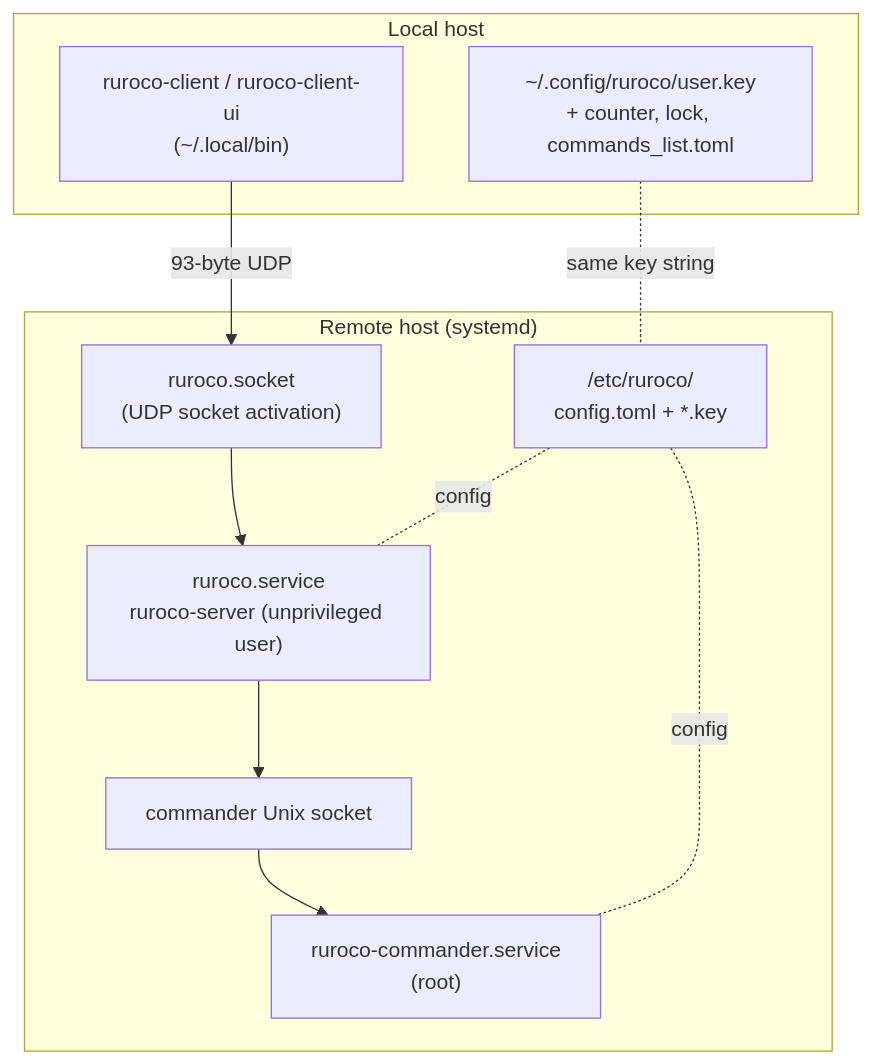
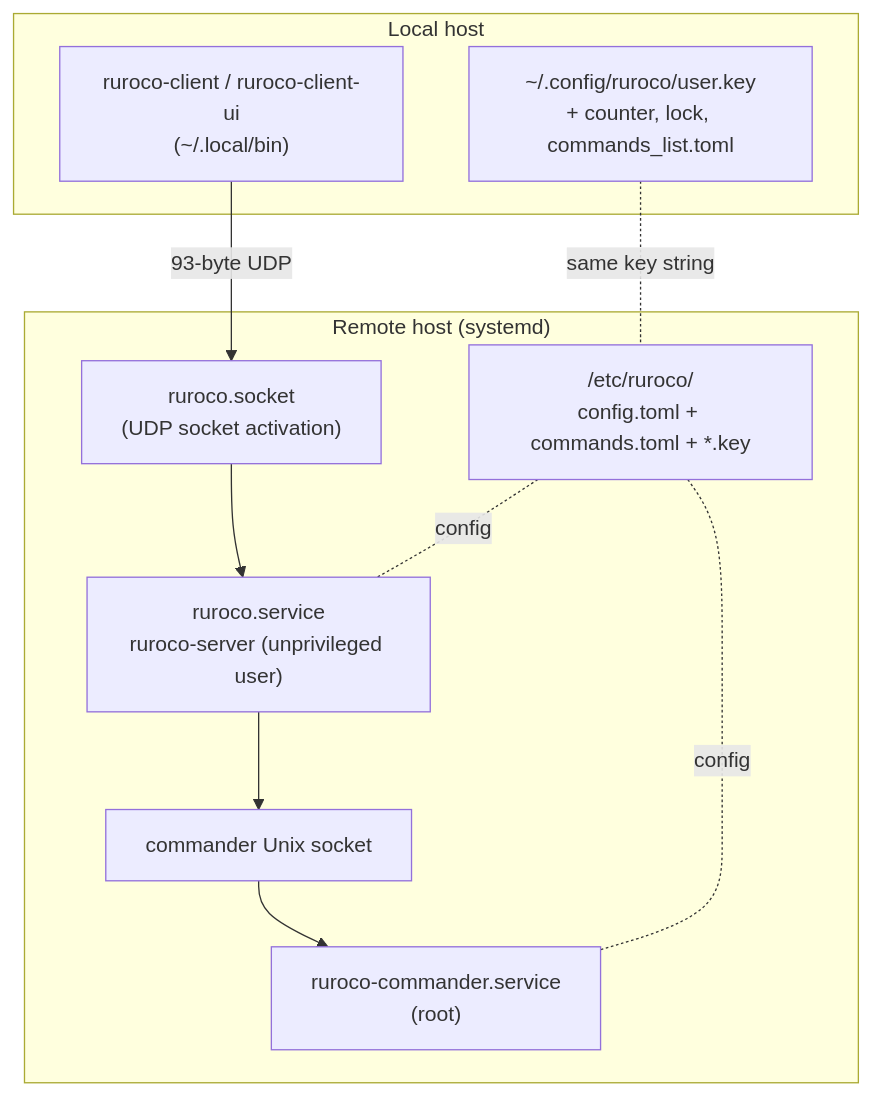
One commit to beac0n/ruroco changed the third of 3 diagrams in docs/src/architecture/build-and-deploy.md. Above: the diagram before and after it, drawn with Mermaid. The commit also changed other lines of this file and 45 other files, not shown here.

````diff
--- a/docs/src/architecture/build-and-deploy.md
+++ b/docs/src/architecture/build-and-deploy.md
@@ -79,20 +82,20 @@
 ```mermaid
 flowchart TB
     subgraph local["Local host"]
         cli["ruroco-client / ruroco-client-ui<br/>(~/.local/bin)"]
         keyfile["~/.config/ruroco/user.key<br/>+ counter, lock, commands_list.toml"]
     end
     subgraph remote["Remote host (systemd)"]
         socket["ruroco.socket<br/>(UDP socket activation)"]
         server["ruroco.service<br/>ruroco-server (unprivileged user)"]
         commander["ruroco-commander.service<br/>(root)"]
-        etc["/etc/ruroco/<br/>config.toml + *.key"]
+        etc["/etc/ruroco/<br/>config.toml + commands.toml + *.key"]
         unixsock["commander Unix socket"]
         socket --> server
         server --> unixsock --> commander
         etc -.config.- server
         etc -.config.- commander
     end
     cli -->|93-byte UDP| socket
     keyfile -. same key string .- etc
 ```
````
